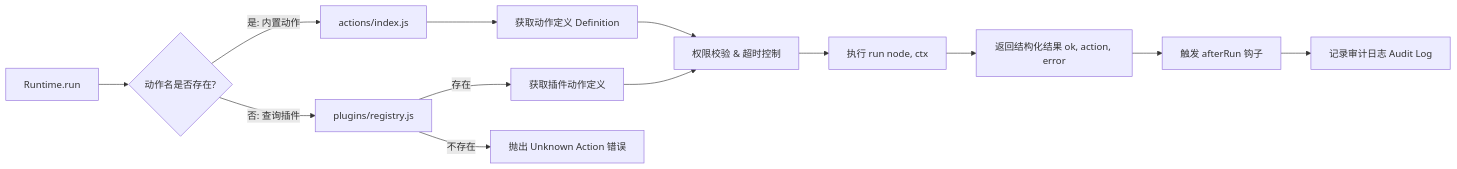
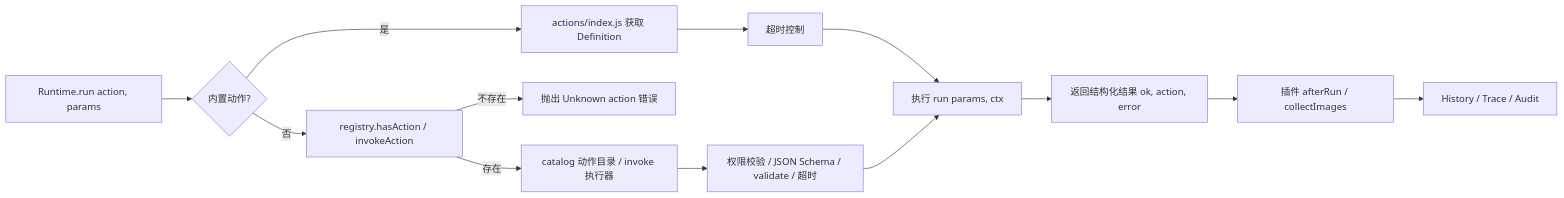
Before and after one commit to wulishuhan/xml_agent: the second of 4 diagrams in docs/ARCHITECTURE_FLOW.md, drawn with Mermaid. The commit also changed other lines of this file and 110 other files, not shown here.

````diff
--- a/docs/ARCHITECTURE_FLOW.md
+++ b/docs/ARCHITECTURE_FLOW.md
@@ -40,18 +41,15 @@
 ```mermaid
 graph LR
-    A[Runtime.run] --> B{动作名是否存在?}
-    B -->|是: 内置动作| C[actions/index.js]
-    B -->|否: 查询插件| D[plugins/registry.js]
-
-    C --> E[获取动作定义 Definition]
-    D -->|存在| F[获取插件动作定义]
-    D -->|不存在| G[抛出 Unknown Action 错误]
-
-    E --> H[权限校验 & 超时控制]
-    F --> H
-
-    H --> I[执行 run node, ctx]
+    A[Runtime.run action, params] --> B{内置动作?}
+    B -->|是| C[actions/index.js 获取 Definition]
+    B -->|否| D[registry.hasAction / invokeAction]
+    D -->|不存在| E[抛出 Unknown action 错误]
+    D -->|存在| F[catalog 动作目录 / invoke 执行器]
+    C --> G[超时控制]
+    F --> H[权限校验 / JSON Schema / validate / 超时]
+    G --> I[执行 run params, ctx]
+    H --> I
     I --> J[返回结构化结果 ok, action, error]
-    J --> K[触发 afterRun 钩子]
-    K --> L[记录审计日志 Audit Log]
+    J --> K[插件 afterRun / collectImages]
+    K --> L[History / Trace / Audit]
 ```
````
